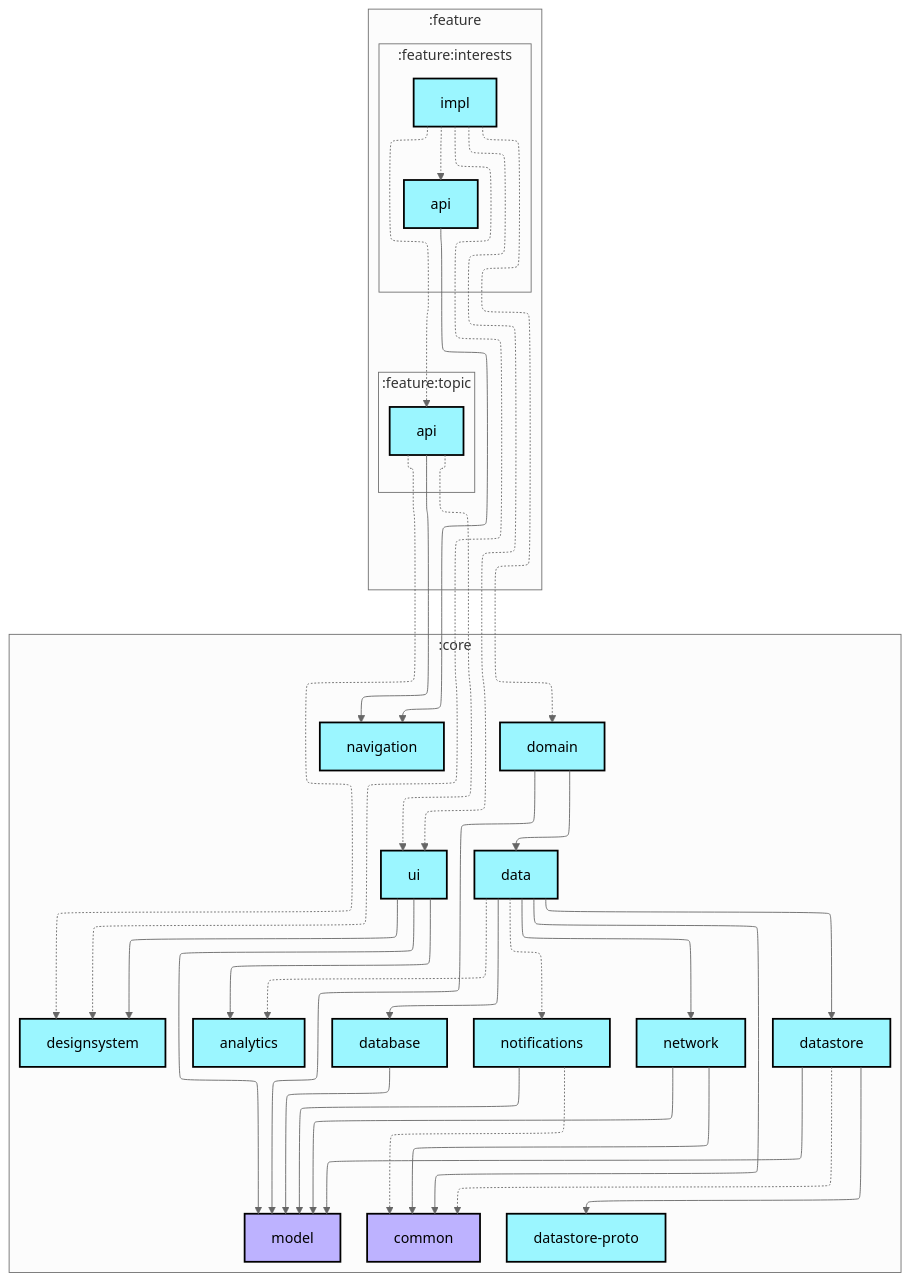
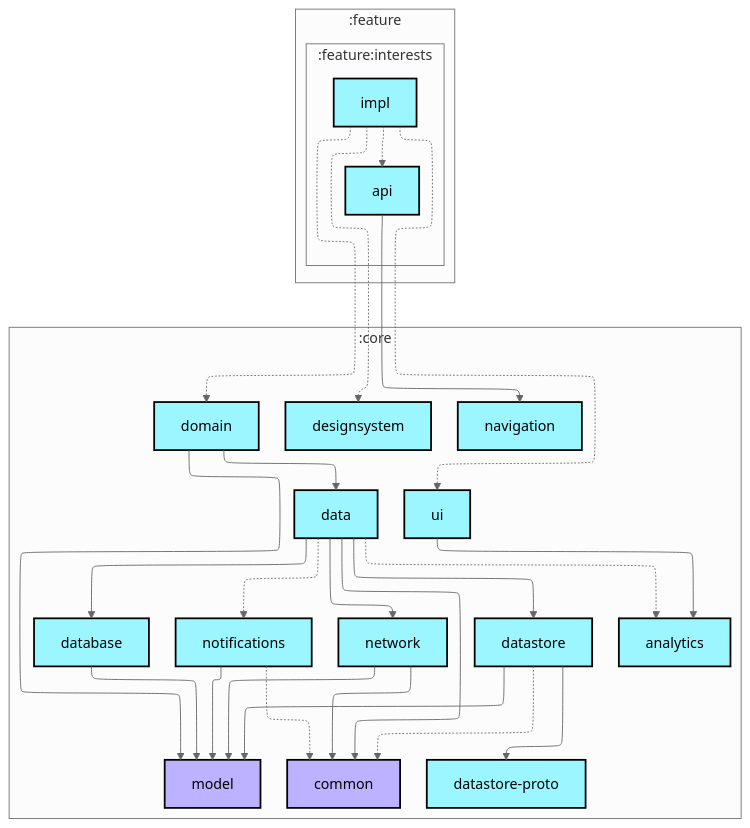
Before and after one commit to weiyuhl/nowinandroidtest: the first of 2 diagrams in feature/interests/impl/README.md, drawn with Mermaid (neutral theme). The commit also changed 145 other files, not shown here.

````diff
--- a/feature/interests/impl/README.md
+++ b/feature/interests/impl/README.md
@@ -6,73 +6,63 @@
 ```mermaid
 ---
 config:
   layout: elk
   elk:
     nodePlacementStrategy: SIMPLE
 ---
 graph TB
   subgraph :feature
     direction TB
     subgraph :feature:interests
       direction TB
       :feature:interests:api[api]:::android-library
       :feature:interests:impl[impl]:::android-library
-    end
-    subgraph :feature:topic
-      direction TB
-      :feature:topic:api[api]:::android-library
     end
   end
   subgraph :core
     direction TB
     :core:analytics[analytics]:::android-library
     :core:common[common]:::jvm-library
     :core:data[data]:::android-library
     :core:database[database]:::android-library
     :core:datastore[datastore]:::android-library
     :core:datastore-proto[datastore-proto]:::android-library
     :core:designsystem[designsystem]:::android-library
     :core:domain[domain]:::android-library
     :core:model[model]:::jvm-library
     :core:navigation[navigation]:::android-library
     :core:network[network]:::android-library
     :core:notifications[notifications]:::android-library
     :core:ui[ui]:::android-library
   end
 
   :core:data -.-> :core:analytics
   :core:data --> :core:common
   :core:data --> :core:database
   :core:data --> :core:datastore
   :core:data --> :core:network
   :core:data -.-> :core:notifications
   :core:database --> :core:model
   :core:datastore -.-> :core:common
   :core:datastore --> :core:datastore-proto
   :core:datastore --> :core:model
   :core:domain --> :core:data
   :core:domain --> :core:model
   :core:network --> :core:common
   :core:network --> :core:model
   :core:notifications -.-> :core:common
   :core:notifications --> :core:model
   :core:ui --> :core:analytics
-  :core:ui --> :core:designsystem
-  :core:ui --> :core:model
   :feature:interests:api --> :core:navigation
   :feature:interests:impl -.-> :core:designsystem
   :feature:interests:impl -.-> :core:domain
   :feature:interests:impl -.-> :core:ui
   :feature:interests:impl -.-> :feature:interests:api
-  :feature:interests:impl -.-> :feature:topic:api
-  :feature:topic:api -.-> :core:designsystem
-  :feature:topic:api --> :core:navigation
-  :feature:topic:api -.-> :core:ui
 
 classDef android-application fill:#CAFFBF,stroke:#000,stroke-width:2px,color:#000;
 classDef android-feature fill:#FFD6A5,stroke:#000,stroke-width:2px,color:#000;
 classDef android-library fill:#9BF6FF,stroke:#000,stroke-width:2px,color:#000;
 classDef android-test fill:#A0C4FF,stroke:#000,stroke-width:2px,color:#000;
 classDef jvm-library fill:#BDB2FF,stroke:#000,stroke-width:2px,color:#000;
 classDef unknown fill:#FFADAD,stroke:#000,stroke-width:2px,color:#000;
 ```
````
